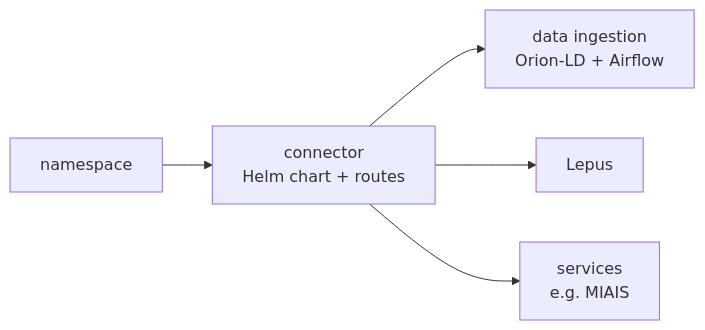
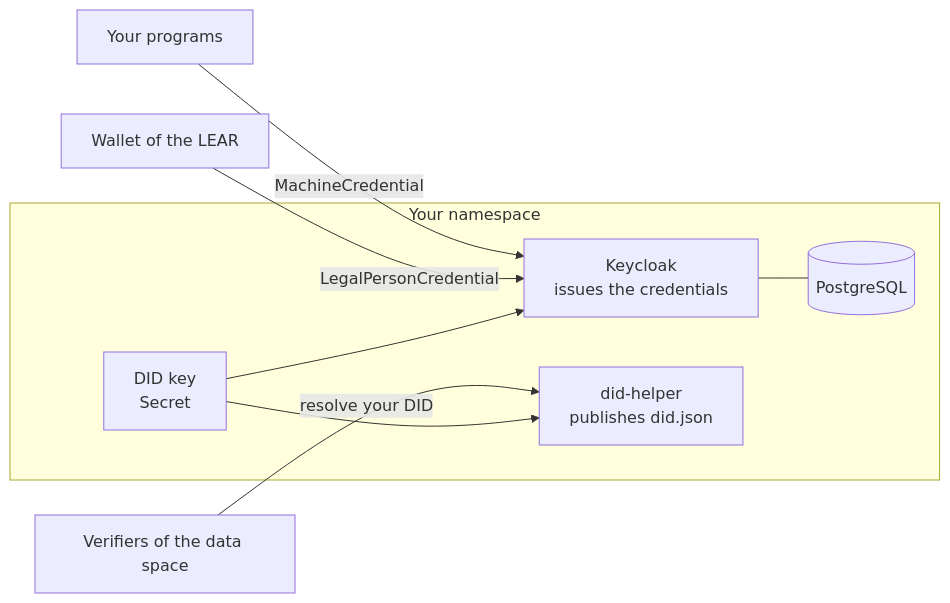
Before and after one commit to CitComAI-Hub/CitComAI-Hub.github.io: the diagram in docs/guides/deploy_connector.md, drawn with Mermaid. The commit also changed other lines of this file and 7 other files, not shown here.

````diff
--- a/docs/guides/deploy_connector.md
+++ b/docs/guides/deploy_connector.md
@@ -43,7 +18,15 @@
 ```mermaid
 flowchart LR
-    NS["namespace"] --> CON["connector<br/>Helm chart + routes"]
-    CON --> ING["data ingestion<br/>Orion-LD + Airflow"]
-    CON --> LEP["Lepus"]
-    CON --> SVC["services<br/>e.g. MIAIS"]
+    subgraph NS["Your namespace"]
+        KC["Keycloak<br/>issues the credentials"]
+        DH["did-helper<br/>publishes did.json"]
+        PG[("PostgreSQL")]
+        KEY["DID key<br/>Secret"]
+        KC --- PG
+        KEY --> KC
+        KEY --> DH
+    end
+    W["Wallet of the LEAR"] -- "LegalPersonCredential" --> KC
+    P["Your programs"] -- "MachineCredential" --> KC
+    V["Verifiers of the data space"] -- "resolve your DID" --> DH
 ```
````
